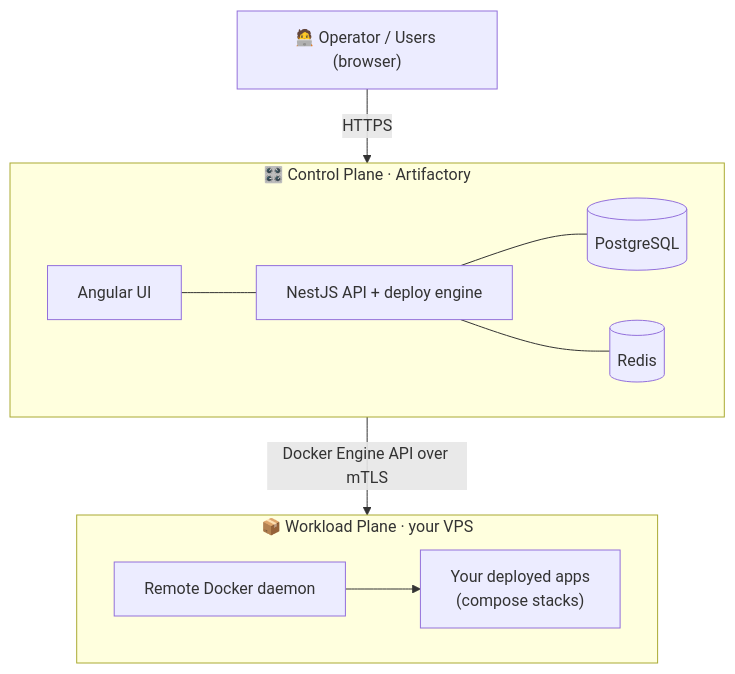
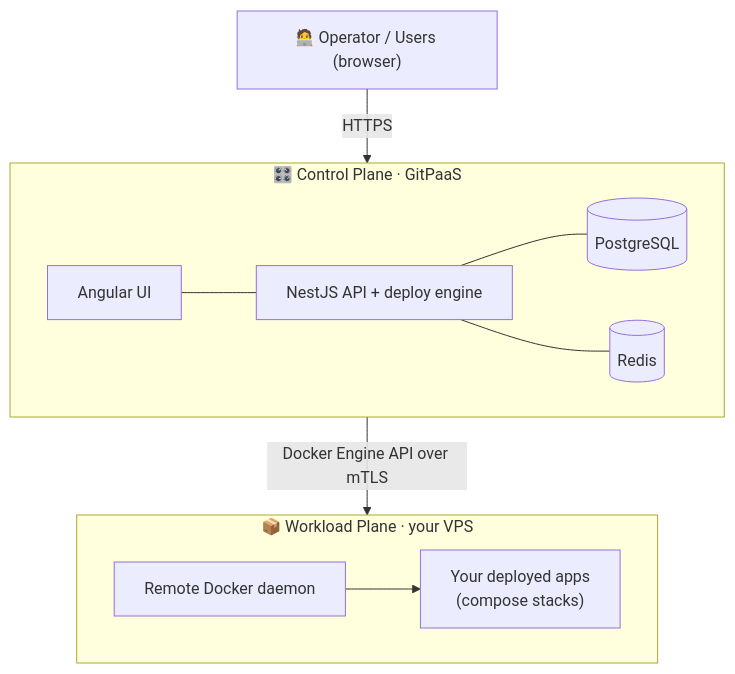
Before and after one commit to GitOpsLovers/gitpaas: the diagram in README.md, drawn with Mermaid. The commit also changed other lines of this file and 61 other files, not shown here.

Commit message:
chore: rename project from Artifactory to GitPaaS (#17)

````diff
--- a/README.md
+++ b/README.md
@@ -61,16 +61,16 @@
 ```mermaid
 flowchart TD
     U["🧑‍💻 Operator / Users (browser)"] -->|HTTPS| CP
 
-    subgraph CP["🎛️ Control Plane · Artifactory"]
+    subgraph CP["🎛️ Control Plane · GitPaaS"]
         FE["Angular UI"] --- BE["NestJS API + deploy engine"]
         BE --- PG[("PostgreSQL")]
         BE --- RD[("Redis")]
     end
 
     CP -->|"Docker Engine API over mTLS"| WP
 
     subgraph WP["📦 Workload Plane · your VPS"]
         DK["Remote Docker daemon"] --> APPS["Your deployed apps<br/>(compose stacks)"]
     end
 ```
````
